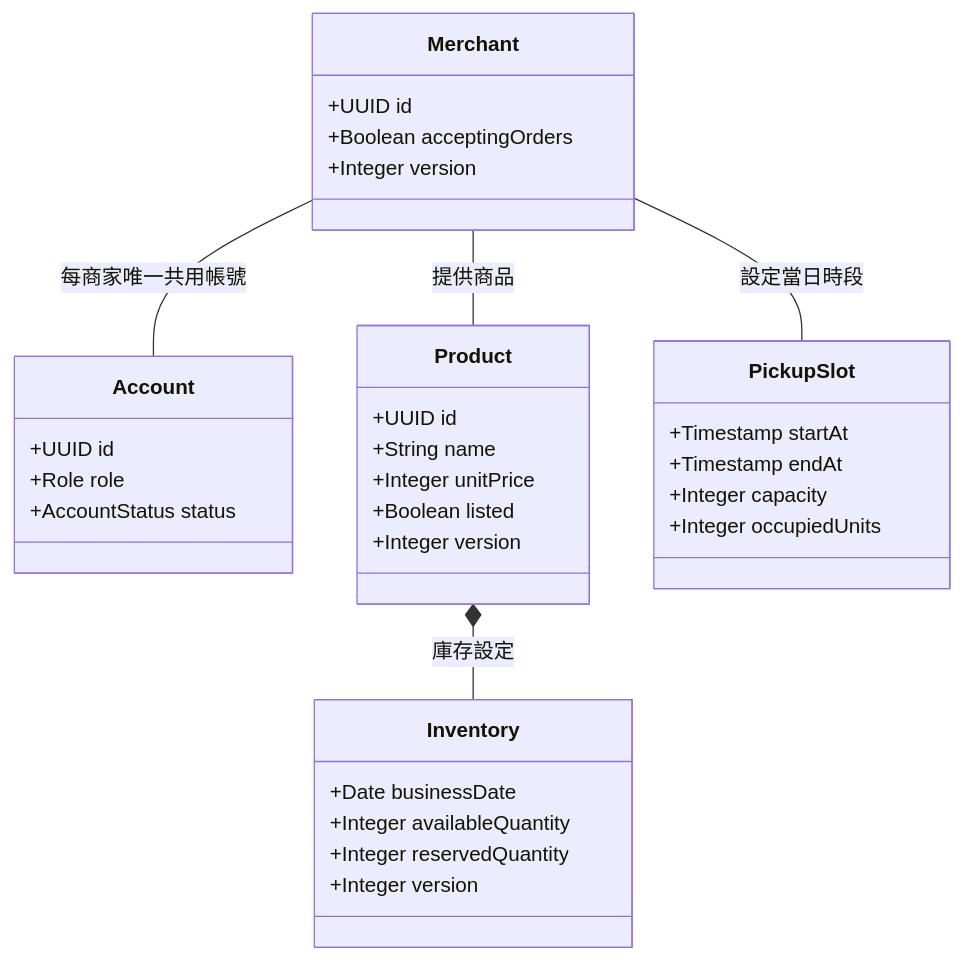
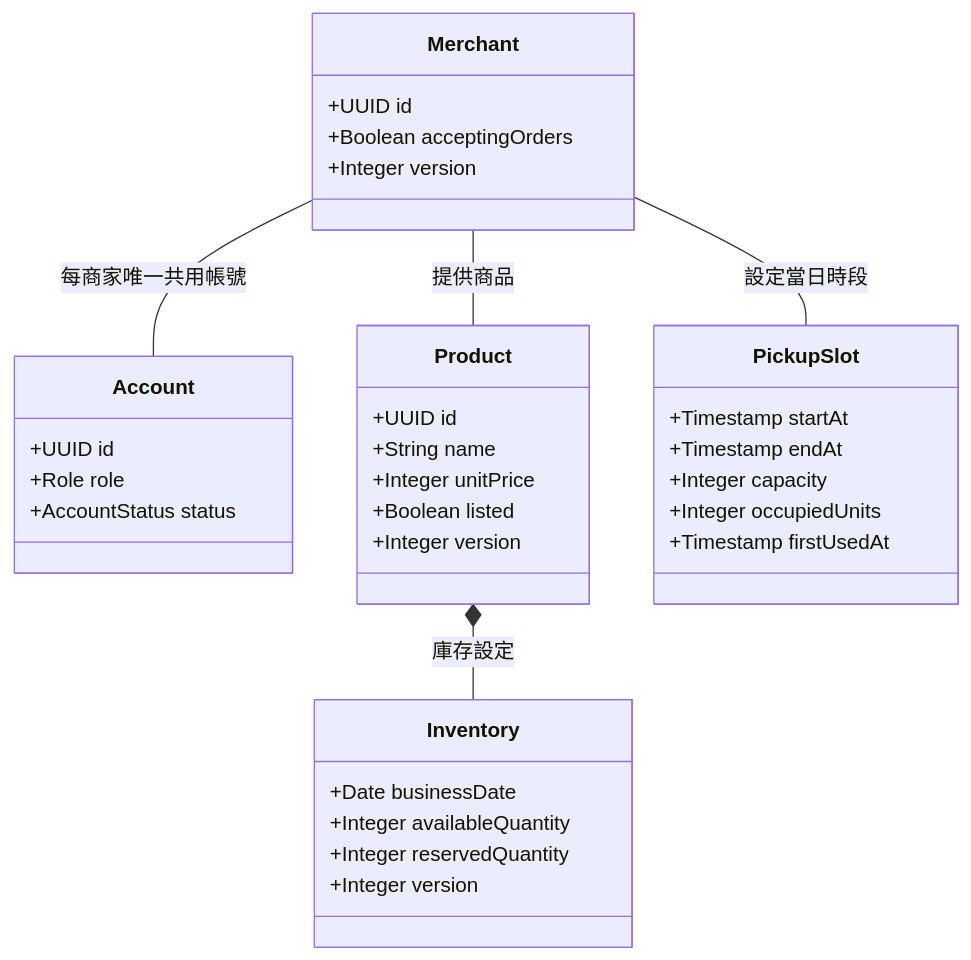
Before and after one commit to Himegragi/CampusRestaurantSystem: the first of 2 diagrams in SAD_v0.6/10_共用資料架構.md, drawn with Mermaid. The commit also changed other lines of this file and 18 other files, not shown here.

````diff
--- a/SAD_v0.6/10_共用資料架構.md
+++ b/SAD_v0.6/10_共用資料架構.md
@@ -13,37 +13,38 @@
 ```mermaid
 classDiagram
 direction TB
 class Account {
   +UUID id
   +Role role
   +AccountStatus status
 }
 class Merchant {
   +UUID id
   +Boolean acceptingOrders
   +Integer version
 }
 class Product {
   +UUID id
   +String name
   +Integer unitPrice
   +Boolean listed
   +Integer version
 }
 class Inventory {
   +Date businessDate
   +Integer availableQuantity
   +Integer reservedQuantity
   +Integer version
 }
 class PickupSlot {
   +Timestamp startAt
   +Timestamp endAt
   +Integer capacity
   +Integer occupiedUnits
+  +Timestamp firstUsedAt
 }
 Merchant -- Account : 每商家唯一共用帳號
 Merchant -- Product : 提供商品
 Product *-- Inventory : 庫存設定
 Merchant -- PickupSlot : 設定當日時段
 ```
````
